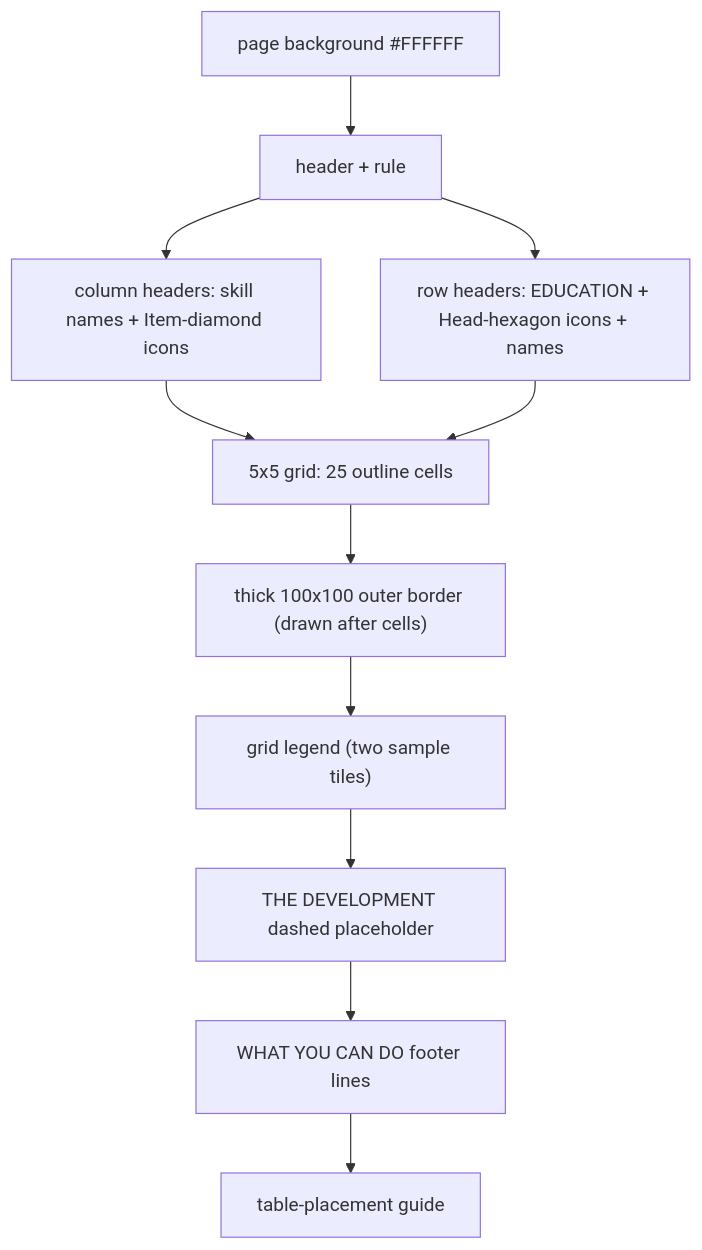
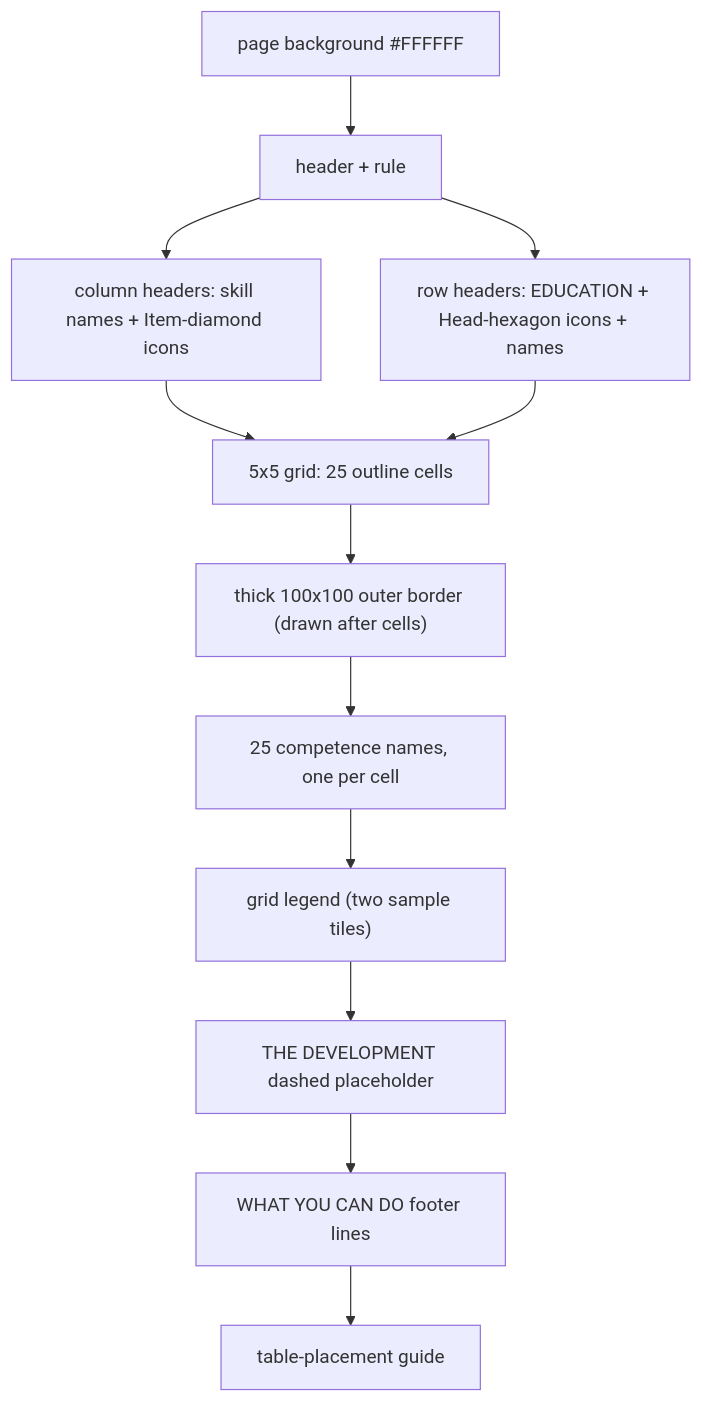
The eighth of 11 diagrams in components/specs/boards.md (Hegerstrand/seven-weeks), drawn with Mermaid before and after one commit. The commit also changed other lines of this file and 61 other files, not shown here.

````diff
--- a/components/specs/boards.md
+++ b/components/specs/boards.md
@@ -649,13 +667,14 @@
 ```mermaid
 graph TD
   A["page background #FFFFFF"] --> B["header + rule"]
   B --> C["column headers: skill names + Item-diamond icons"]
   B --> D["row headers: EDUCATION + Head-hexagon icons + names"]
   C --> E["5x5 grid: 25 outline cells"]
   D --> E
   E --> F["thick 100x100 outer border (drawn after cells)"]
-  F --> G["grid legend (two sample tiles)"]
+  F --> F2["25 competence names, one per cell"]
+  F2 --> G["grid legend (two sample tiles)"]
   G --> H["THE DEVELOPMENT dashed placeholder"]
   H --> I["WHAT YOU CAN DO footer lines"]
   I --> J["table-placement guide"]
 ```
````
